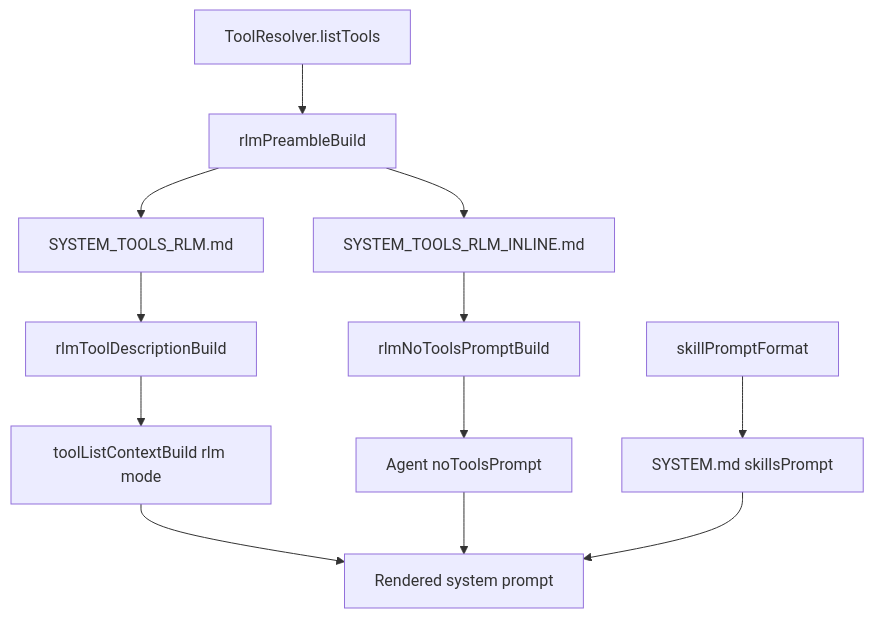
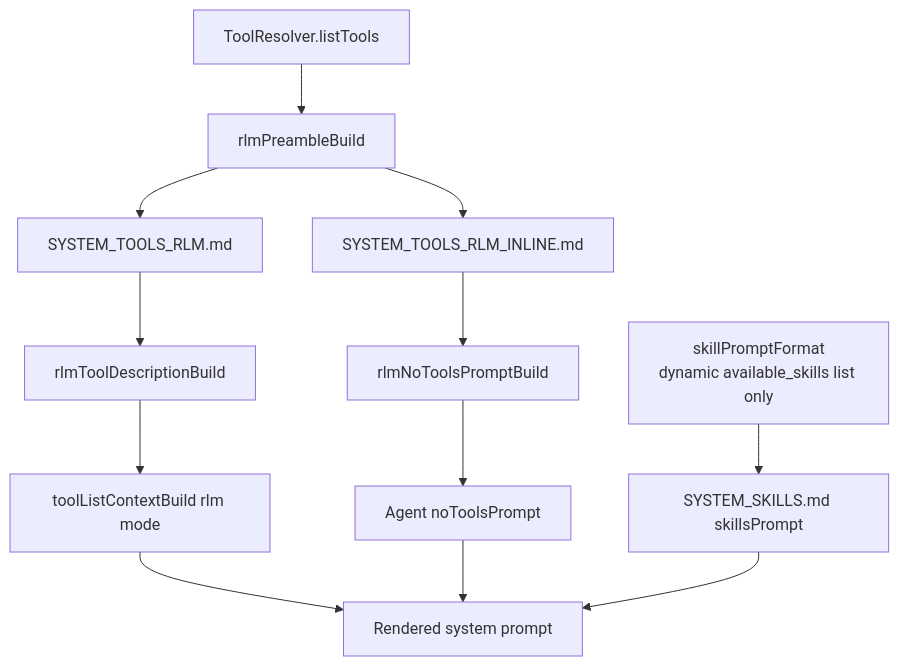
Before and after one commit to ex3ndr/daycare: the diagram in doc/internals/prompt-tools-restructure.md, drawn with Mermaid. The commit also changed other lines of this file and 8 other files, not shown here.

Commit message:
refactor(prompts): move skills policy to template and render list only

````diff
--- a/doc/internals/prompt-tools-restructure.md
+++ b/doc/internals/prompt-tools-restructure.md
@@ -11,14 +11,14 @@
 ```mermaid
 flowchart TD
   A[ToolResolver.listTools] --> B[rlmPreambleBuild]
   B --> C[SYSTEM_TOOLS_RLM.md]
   B --> D[SYSTEM_TOOLS_RLM_INLINE.md]
   C --> E[rlmToolDescriptionBuild]
   D --> F[rlmNoToolsPromptBuild]
   E --> G[toolListContextBuild rlm mode]
   F --> H[Agent noToolsPrompt]
-  I[skillPromptFormat] --> J[SYSTEM.md skillsPrompt]
+  I[skillPromptFormat<br/>dynamic available_skills list only] --> J[SYSTEM_SKILLS.md skillsPrompt]
   G --> K[Rendered system prompt]
   H --> K
   J --> K
 ```
````
